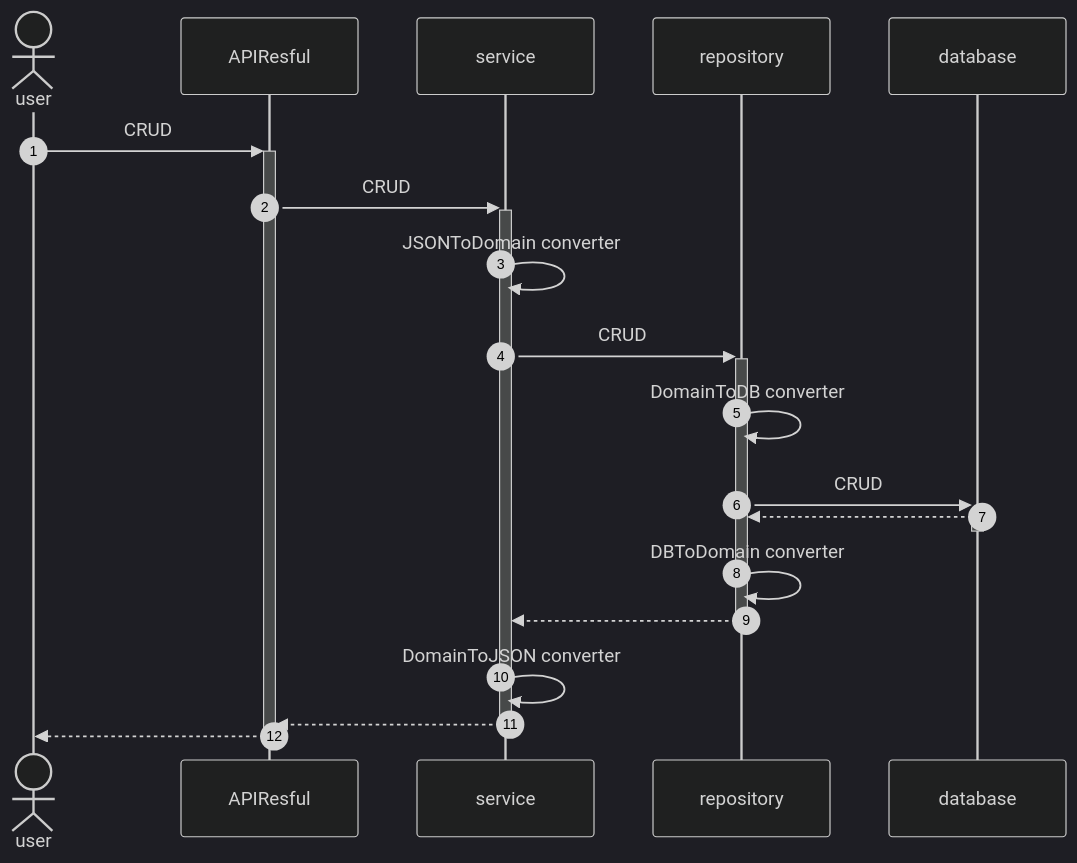
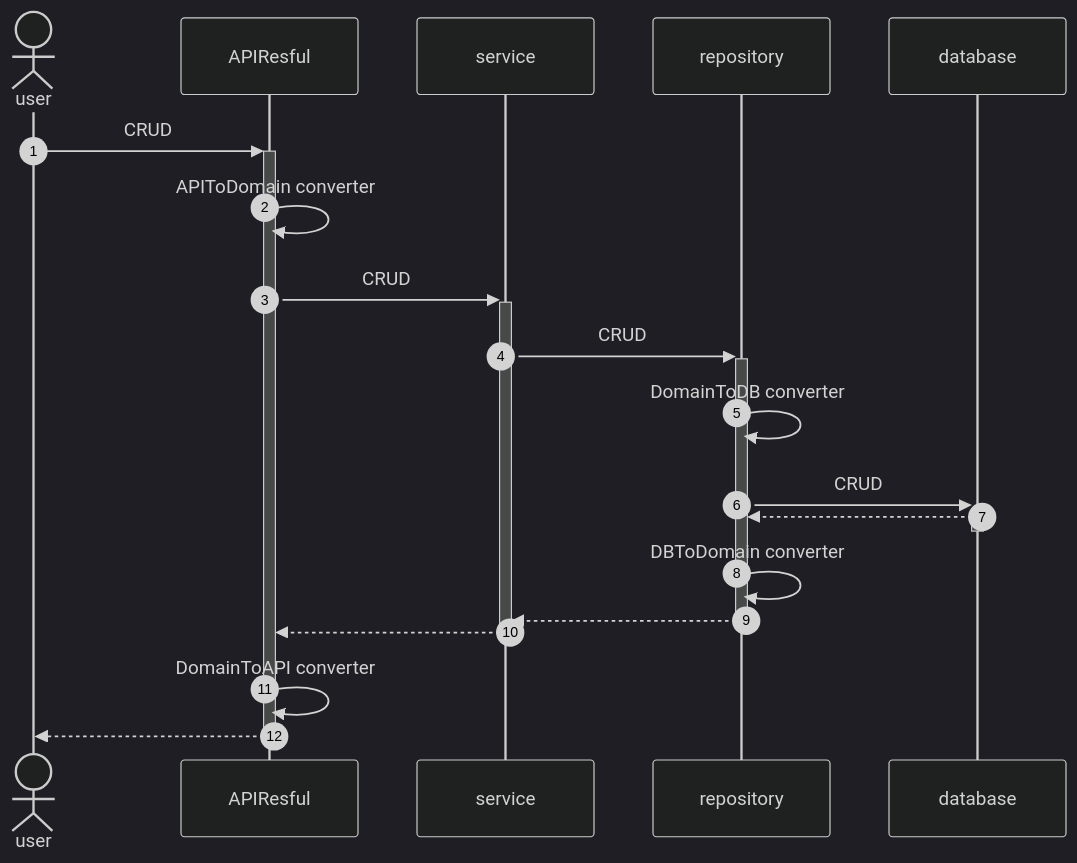
Before and after one commit to jalv82/go-bookstore-microservices: the second of 2 diagrams in README.md, drawn with Mermaid (dark theme). The commit also changed other lines of this file and 51 other files, not shown here.

````diff
--- a/README.md
+++ b/README.md
@@ -43,23 +42,23 @@
 ```mermaid
 sequenceDiagram
     autonumber
     
     actor user
     participant APIResful
     participant service
     participant repository
     participant database
     
     user ->> +APIResful: CRUD
+    APIResful ->> APIResful: APIToDomain converter
     APIResful ->> +service: CRUD
-    service ->> service: JSONToDomain converter
     service ->> +repository: CRUD
     repository ->> repository: DomainToDB converter
     repository ->> +database: CRUD
     database -->> -repository: 
     repository ->> repository: DBToDomain converter
     repository -->> -service: 
-    service ->> service: DomainToJSON converter
     service -->> -APIResful: 
+    APIResful ->> APIResful: DomainToAPI converter
     APIResful -->> -user: 
 ```
````
